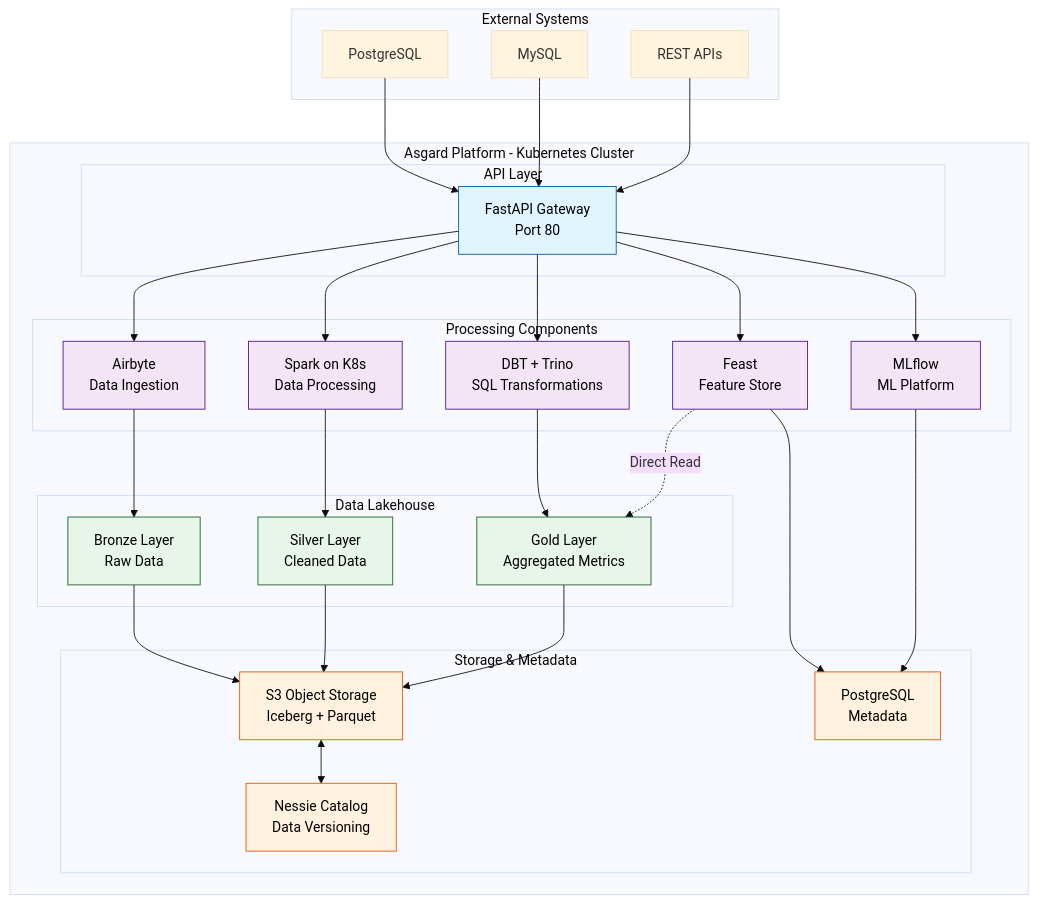
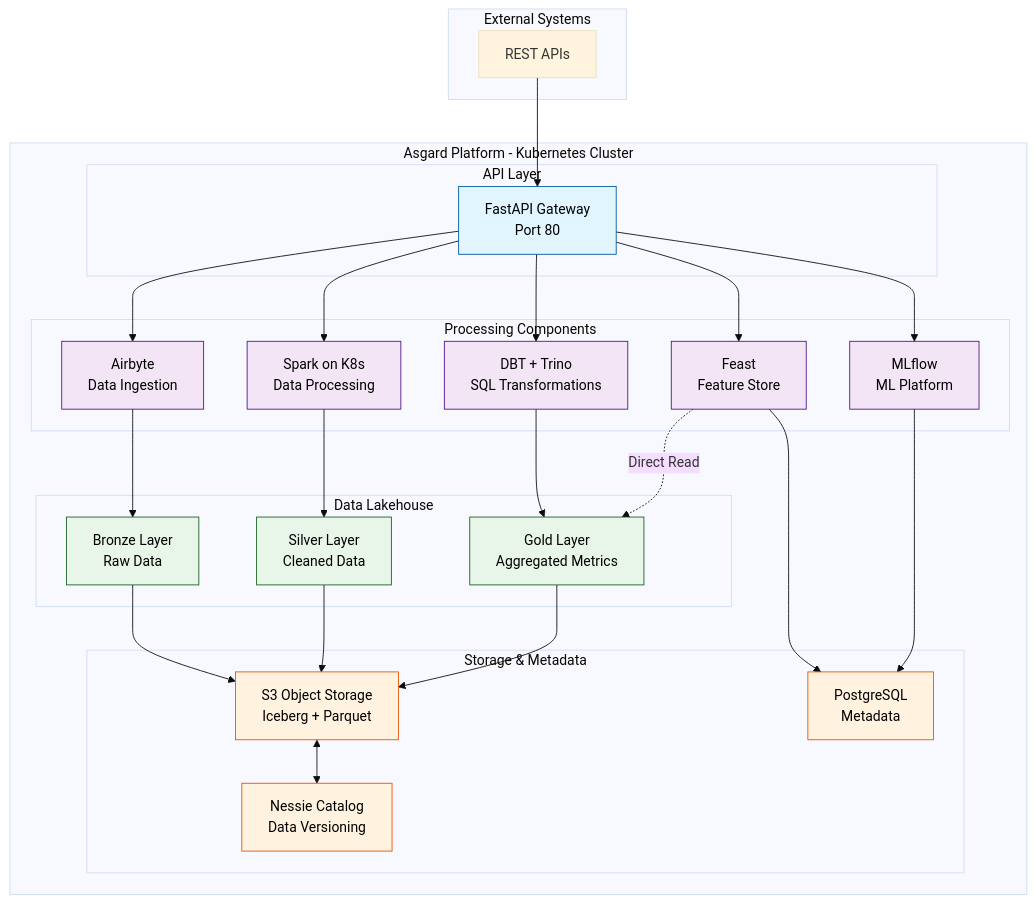
Before and after one commit to snowcell-cloud/asgard: the first of 19 diagrams in docs/COMPLETE_ARCHITECTURE.md, drawn with Mermaid (base theme). The commit also changed other lines of this file and 16 other files, not shown here.

First line of the commit message:
Add Feast UI documentation for Asgard Data Platform

````diff
--- a/docs/COMPLETE_ARCHITECTURE.md
+++ b/docs/COMPLETE_ARCHITECTURE.md
@@ -32,66 +31,63 @@
 ```mermaid
 graph TB
     subgraph External["External Systems"]
-        DB1[PostgreSQL]
-        DB2[MySQL]
         API1[REST APIs]
     end
 
     subgraph Platform["Asgard Platform - Kubernetes Cluster"]
         subgraph APILayer["API Layer"]
-            Gateway["FastAPI Gateway\nPort 80"]
+            Gateway["FastAPI Gateway<br/>Port 80"]
         end
 
         subgraph Processing["Processing Components"]
-            Airbyte["Airbyte\nData Ingestion"]
-            Spark["Spark on K8s\nData Processing"]
-            DBT["DBT + Trino\nSQL Transformations"]
-            Feast["Feast\nFeature Store"]
-            MLflow["MLflow\nML Platform"]
+            Airbyte["Airbyte<br/>Data Ingestion"]
+                        Spark["Spark on K8s<br/>Data Processing"]
+                        DBT["DBT + Trino<br/>SQL Transformations"]
+                        Feast["Feast<br/>Feature Store"]
+                        MLflow["MLflow<br/>ML Platform"]
         end
 
         subgraph Lakehouse["Data Lakehouse"]
-            Bronze["Bronze Layer\nRaw Data"]
-            Silver["Silver Layer\nCleaned Data"]
-            Gold["Gold Layer\nAggregated Metrics"]
+            Bronze["Bronze Layer<br/>Raw Data"]
+            Silver["Silver Layer<br/>Cleaned Data"]
+            Gold["Gold Layer<br/>Aggregated Metrics"]
         end
 
         subgraph StorageMeta["Storage & Metadata"]
-            S3["S3 Object Storage\nIceberg + Parquet"]
-            Postgres["PostgreSQL\nMetadata"]
-            Nessie["Nessie Catalog\nData Versioning"]
+            S3["S3 Object Storage<br/>Iceberg + Parquet"]
+            Postgres["PostgreSQL<br/>Metadata"]
+            Nessie["Nessie Catalog<br/>Data Versioning"]
         end
     end
 
-    DB1 --> Gateway
-    DB2 --> Gateway
+    
     API1 --> Gateway
     Gateway --> Airbyte
     Gateway --> Spark
     Gateway --> DBT
     Gateway --> Feast
     Gateway --> MLflow
 
     Airbyte --> Bronze
     Spark --> Silver
     DBT --> Gold
 
     Bronze --> S3
     Silver --> S3
     Gold --> S3
     S3 <--> Nessie
 
     Feast -.Direct Read.-> Gold
     MLflow --> Postgres
     Feast --> Postgres
 
     classDef api fill:#e1f5ff,stroke:#01579b,color:#000
     classDef process fill:#f3e5f5,stroke:#4a148c,color:#000
     classDef data fill:#e8f5e9,stroke:#1b5e20,color:#000
     classDef storage fill:#fff3e0,stroke:#e65100,color:#000
 
     class Gateway api
     class Airbyte,Spark,DBT,Feast,MLflow process
     class Bronze,Silver,Gold data
     class S3,Postgres,Nessie storage
 ```
````
